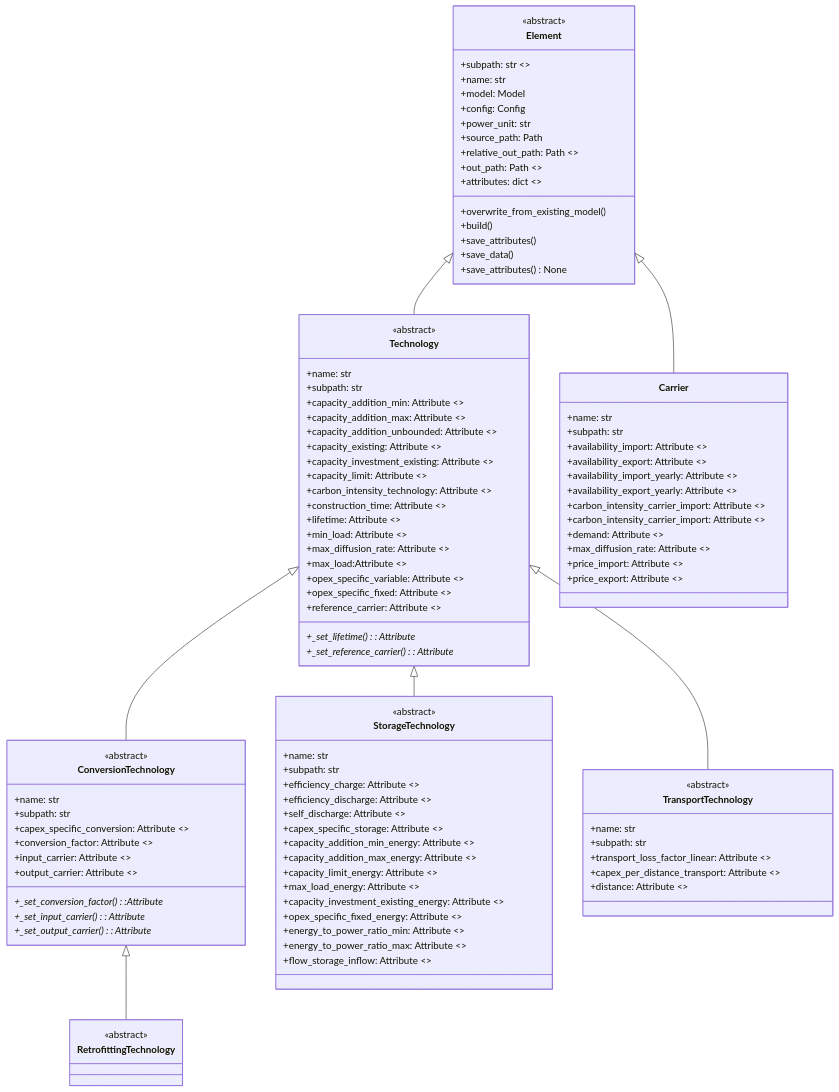
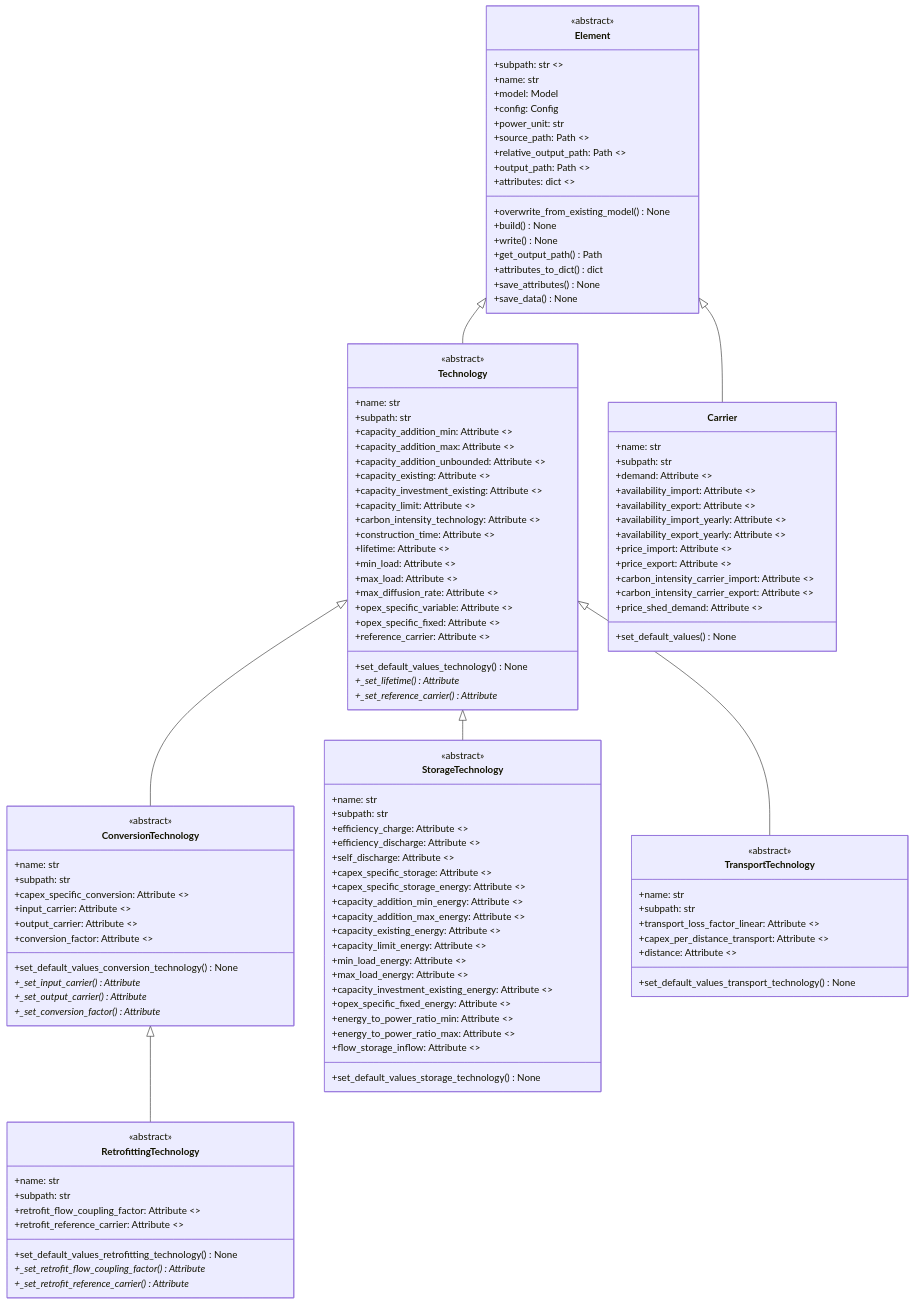
The second of 3 diagrams in docs/files/developer_guide/class_diagram.rst (ZEN-universe/ZEN-creator), drawn with Mermaid before and after one commit. The commit also changed other lines of this file, not shown here.

Commit message:
Update class diagrams.

```diff
--- a/docs/files/developer_guide/class_diagram.rst
+++ b/docs/files/developer_guide/class_diagram.rst
@@ -102,20 +115,21 @@
            +subpath: str <<class variable>>
            +name: str
            +model: Model
-           +config: Config 
+           +config: Config
            +power_unit: str
-           +source_path: Path
-           +relative_out_path: Path <<property>>
-           +out_path: Path <<property>>
+           +source_path: Path <<property>>
+           +relative_output_path: Path <<property>>
+           +output_path: Path <<property>>
            +attributes: dict <<property>>
-           +overwrite_from_existing_model()
-           +build()
-           +save_attributes()
-           +save_data()
+           +overwrite_from_existing_model() None
+           +build() None
+           +write() None
+           +get_output_path() Path
+           +attributes_to_dict() dict
+           +save_attributes() None
+           +save_data() None
+       }
 
-
-           +save_attributes() None
-       }
        class Technology {
            +name: str
            +subpath: str
@@ -124,44 +138,50 @@
            +capacity_addition_unbounded: Attribute <<property>>
            +capacity_existing: Attribute <<property>>
            +capacity_investment_existing: Attribute <<property>>
-           +capacity_limit: Attribute <<property>> 
+           +capacity_limit: Attribute <<property>>
            +carbon_intensity_technology: Attribute <<property>>
            +construction_time: Attribute <<property>>
            +lifetime: Attribute <<property>>
            +min_load: Attribute <<property>>
+           +max_load: Attribute <<property>>
            +max_diffusion_rate: Attribute <<property>>
-           +max_load:Attribute <<property>>
            +opex_specific_variable: Attribute <<property>>
            +opex_specific_fixed: Attribute <<property>>
            +reference_carrier: Attribute <<property>>
-           +_set_lifetime(): Attribute*
-           +_set_reference_carrier(): Attribute*
+           +set_default_values_technology() None
+           +_set_lifetime() Attribute*
+           +_set_reference_carrier() Attribute*
        }
+
        class Carrier {
            +name: str
            +subpath: str
+           +demand: Attribute <<property>>
            +availability_import: Attribute <<property>>
            +availability_export: Attribute <<property>>
            +availability_import_yearly: Attribute <<property>>
            +availability_export_yearly: Attribute <<property>>
-           +carbon_intensity_carrier_import: Attribute <<property>>
-           +carbon_intensity_carrier_import: Attribute <<property>>
-           +demand: Attribute <<property>>
-           +max_diffusion_rate: Attribute <<property>>
            +price_import: Attribute <<property>>
            +price_export: Attribute <<property>>
+           +carbon_intensity_carrier_import: Attribute <<property>>
+           +carbon_intensity_carrier_export: Attribute <<property>>
+           +price_shed_demand: Attribute <<property>>
+           +set_default_values() None
        }
+
        class ConversionTechnology {
            +name: str
            +subpath: str
            +capex_specific_conversion: Attribute <<property>>
-           +conversion_factor: Attribute <<property>>
            +input_carrier: Attribute <<property>>
            +output_carrier: Attribute <<property>>
-           +_set_conversion_factor()*:Attribute
-           +_set_input_carrier()*: Attribute
-           +_set_output_carrier()*: Attribute
+           +conversion_factor: Attribute <<property>>
+           +set_default_values_conversion_technology() None
+           +_set_input_carrier() Attribute*
+           +_set_output_carrier() Attribute*
+           +_set_conversion_factor() Attribute*
        }
+
        class StorageTechnology {
            +name: str
            +subpath: str
@@ -169,33 +189,46 @@
            +efficiency_discharge: Attribute <<property>>
            +self_discharge: Attribute <<property>>
            +capex_specific_storage: Attribute <<property>>
+           +capex_specific_storage_energy: Attribute <<property>>
            +capacity_addition_min_energy: Attribute <<property>>
            +capacity_addition_max_energy: Attribute <<property>>
+           +capacity_existing_energy: Attribute <<property>>
            +capacity_limit_energy: Attribute <<property>>
+           +min_load_energy: Attribute <<property>>
            +max_load_energy: Attribute <<property>>
            +capacity_investment_existing_energy: Attribute <<property>>
            +opex_specific_fixed_energy: Attribute <<property>>
            +energy_to_power_ratio_min: Attribute <<property>>
            +energy_to_power_ratio_max: Attribute <<property>>
            +flow_storage_inflow: Attribute <<property>>
+           +set_default_values_storage_technology() None
        }
+
        class RetrofittingTechnology {
+           +name: str
+           +subpath: str
+           +retrofit_flow_coupling_factor: Attribute <<property>>
+           +retrofit_reference_carrier: Attribute <<property>>
+           +set_default_values_retrofitting_technology() None
+           +_set_retrofit_flow_coupling_factor() Attribute*
+           +_set_retrofit_reference_carrier() Attribute*
        }
+
        class TransportTechnology {
            +name: str
            +subpath: str
            +transport_loss_factor_linear: Attribute <<property>>
            +capex_per_distance_transport: Attribute <<property>>
            +distance: Attribute <<property>>
+           +set_default_values_transport_technology() None
        }
 
+       <<abstract>> Element
        <<abstract>> Technology
-       <<abstract>> Element
        <<abstract>> ConversionTechnology
        <<abstract>> StorageTechnology
        <<abstract>> RetrofittingTechnology
-       <<abstract>> TransportTechnology 
-
+       <<abstract>> TransportTechnology
 
        Element <|-- Technology
        Element <|-- Carrier
```
